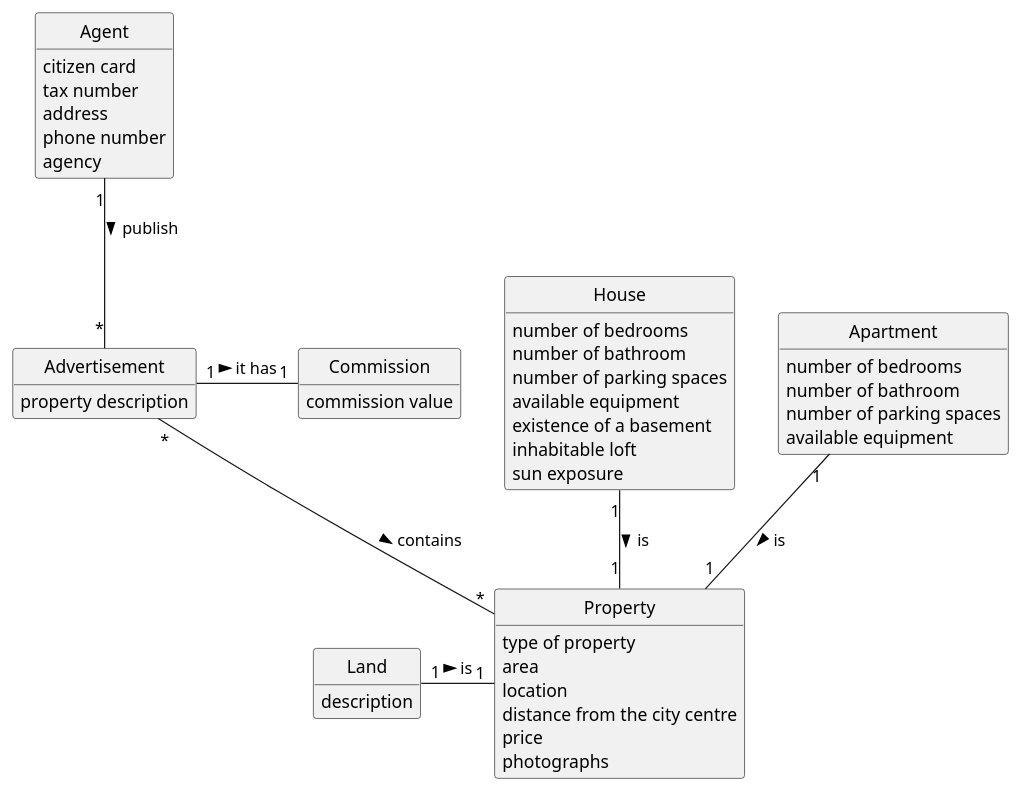
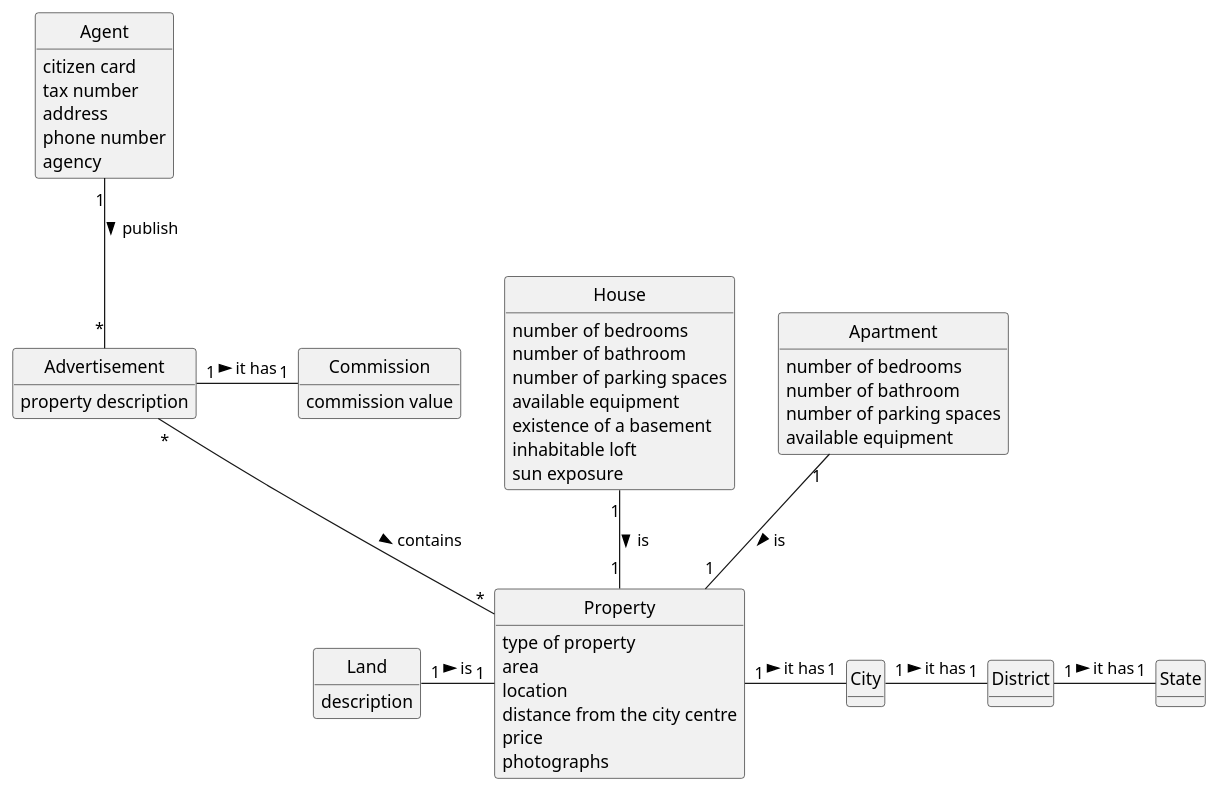
One commit to tiagohcorreia/LAPR2 changed the diagram in docs/sprintB/US002/02.analysis/puml/US2_DM.puml. Above: the diagram before and after it, drawn with PlantUML. The commit also changed 1 other file, not shown here.

```diff
--- a/docs/sprintB/US002/02.analysis/puml/US2_DM.puml
+++ b/docs/sprintB/US002/02.analysis/puml/US2_DM.puml
@@ -1,79 +1,88 @@
 @startuml
 skinparam monochrome true
 skinparam packageStyle rectangle
 skinparam shadowing false
 
 'left to right direction
 
 skinparam classAttributeIconSize 0
 
 hide circle
 hide methods
 
-'title Domain Model
-
-'class Platform {
-'  -description
-'}
 
 class Agent {
     citizen card
     tax number
     address
     phone number
     agency
 }
+
+class City {
+
+}
+
+class District{
+}
+
+class State{
+}
+
 
 class Advertisement {
     property description
 }
 
 
 
 class House {
      number of bedrooms
      number of bathroom
      number of parking spaces
      available equipment
      existence of a basement
      inhabitable loft
      sun exposure
 }
 
 class Apartment {
      number of bedrooms
      number of bathroom
      number of parking spaces
      available equipment
 }
 class Land {
      description
 }
 
 class Commission {
     commission value
 }
 
 class Property {
      type of property
      area
      location
      distance from the city centre
      price
      photographs
 }
 
 
 
 
 Advertisement "*" -- "*" Property: contains >
 Agent "1" -- "*" Advertisement: publish >
 House "1" --"1" Property: is >
 Apartment"1" -- "1" Property: is >
 Land"1" - "1" Property: is >
 Advertisement"1" - "1" Commission: it has >
+Property"1" - "1" City: it has >
+City"1" - "1" District: it has >
+District"1" - "1" State: it has >
 
 
 
 
 @enduml
```
